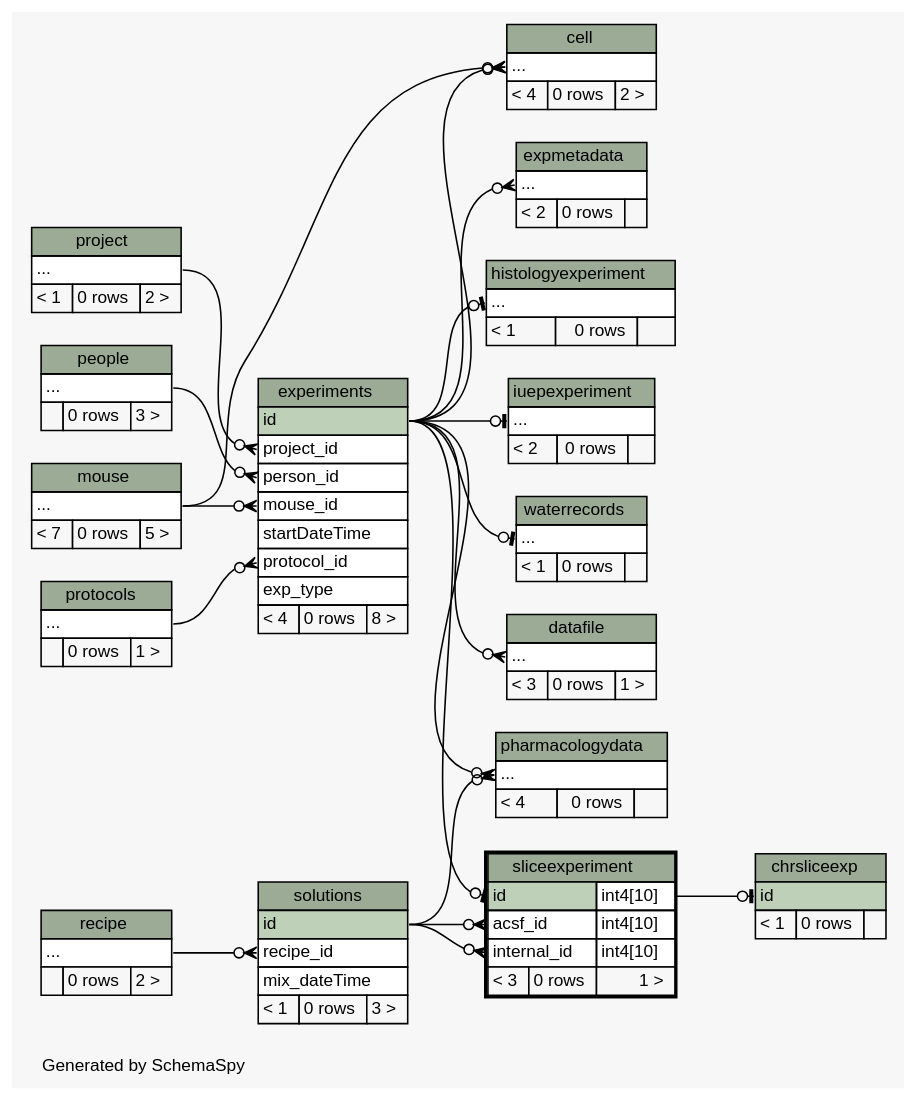
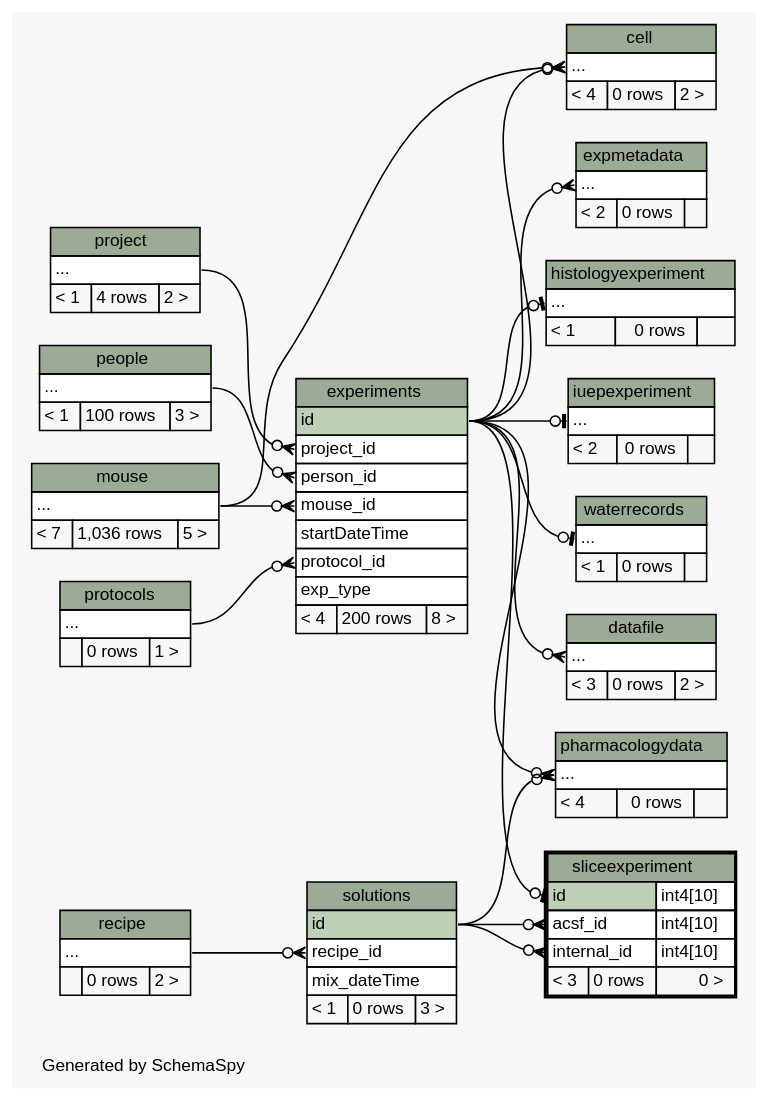
Before and after one commit to tgbugs/mlab: the diagram in database/ss/diagrams/sliceexperiment.2degrees.dot, drawn with Graphviz. The commit also changed 221 other files, not shown here.

```diff
--- a/database/ss/diagrams/sliceexperiment.2degrees.dot
+++ b/database/ss/diagrams/sliceexperiment.2degrees.dot
@@ -21,7 +21,6 @@
   ];
   "cell":"elipses":w -> "experiments":"id":e [arrowhead=none dir=back arrowtail=crowodot];
   "cell":"elipses":w -> "mouse":"elipses":e [arrowhead=none dir=back arrowtail=crowodot];
-  "chrsliceexp":"id":w -> "sliceexperiment":"id.type":e [arrowhead=none dir=back arrowtail=teeodot];
   "datafile":"elipses":w -> "experiments":"id":e [arrowhead=none dir=back arrowtail=crowodot];
   "experiments":"mouse_id":w -> "mouse":"elipses":e [arrowhead=none dir=back arrowtail=crowodot];
   "experiments":"person_id":w -> "people":"elipses":e [arrowhead=none dir=back arrowtail=crowodot];
@@ -47,22 +46,12 @@
     URL="cell.html"
     tooltip="cell"
   ];
-  "chrsliceexp" [
-    label=<
-    <TABLE BORDER="0" CELLBORDER="1" CELLSPACING="0" BGCOLOR="#ffffff">
-      <TR><TD COLSPAN="3" BGCOLOR="#9bab96" ALIGN="CENTER">chrsliceexp</TD></TR>
-      <TR><TD PORT="id" COLSPAN="3" BGCOLOR="#bed1b8" ALIGN="LEFT">id</TD></TR>
-      <TR><TD ALIGN="LEFT" BGCOLOR="#f7f7f7">&lt; 1</TD><TD ALIGN="RIGHT" BGCOLOR="#f7f7f7">0 rows</TD><TD ALIGN="RIGHT" BGCOLOR="#f7f7f7">  </TD></TR>
-    </TABLE>>
-    URL="chrsliceexp.html"
-    tooltip="chrsliceexp"
-  ];
   "datafile" [
     label=<
     <TABLE BORDER="0" CELLBORDER="1" CELLSPACING="0" BGCOLOR="#ffffff">
       <TR><TD COLSPAN="3" BGCOLOR="#9bab96" ALIGN="CENTER">datafile</TD></TR>
       <TR><TD PORT="elipses" COLSPAN="3" ALIGN="LEFT">...</TD></TR>
-      <TR><TD ALIGN="LEFT" BGCOLOR="#f7f7f7">&lt; 3</TD><TD ALIGN="RIGHT" BGCOLOR="#f7f7f7">0 rows</TD><TD ALIGN="RIGHT" BGCOLOR="#f7f7f7">1 &gt;</TD></TR>
+      <TR><TD ALIGN="LEFT" BGCOLOR="#f7f7f7">&lt; 3</TD><TD ALIGN="RIGHT" BGCOLOR="#f7f7f7">0 rows</TD><TD ALIGN="RIGHT" BGCOLOR="#f7f7f7">2 &gt;</TD></TR>
     </TABLE>>
     URL="datafile.html"
     tooltip="datafile"
@@ -78,7 +67,7 @@
       <TR><TD PORT="startDateTime" COLSPAN="3" ALIGN="LEFT">startDateTime</TD></TR>
       <TR><TD PORT="protocol_id" COLSPAN="3" ALIGN="LEFT">protocol_id</TD></TR>
       <TR><TD PORT="exp_type" COLSPAN="3" ALIGN="LEFT">exp_type</TD></TR>
-      <TR><TD ALIGN="LEFT" BGCOLOR="#f7f7f7">&lt; 4</TD><TD ALIGN="RIGHT" BGCOLOR="#f7f7f7">0 rows</TD><TD ALIGN="RIGHT" BGCOLOR="#f7f7f7">8 &gt;</TD></TR>
+      <TR><TD ALIGN="LEFT" BGCOLOR="#f7f7f7">&lt; 4</TD><TD ALIGN="RIGHT" BGCOLOR="#f7f7f7">200 rows</TD><TD ALIGN="RIGHT" BGCOLOR="#f7f7f7">8 &gt;</TD></TR>
     </TABLE>>
     URL="experiments.html"
     tooltip="experiments"
@@ -118,7 +107,7 @@
     <TABLE BORDER="0" CELLBORDER="1" CELLSPACING="0" BGCOLOR="#ffffff">
       <TR><TD COLSPAN="3" BGCOLOR="#9bab96" ALIGN="CENTER">mouse</TD></TR>
       <TR><TD PORT="elipses" COLSPAN="3" ALIGN="LEFT">...</TD></TR>
-      <TR><TD ALIGN="LEFT" BGCOLOR="#f7f7f7">&lt; 7</TD><TD ALIGN="RIGHT" BGCOLOR="#f7f7f7">0 rows</TD><TD ALIGN="RIGHT" BGCOLOR="#f7f7f7">5 &gt;</TD></TR>
+      <TR><TD ALIGN="LEFT" BGCOLOR="#f7f7f7">&lt; 7</TD><TD ALIGN="RIGHT" BGCOLOR="#f7f7f7">1,036 rows</TD><TD ALIGN="RIGHT" BGCOLOR="#f7f7f7">5 &gt;</TD></TR>
     </TABLE>>
     URL="mouse.html"
     tooltip="mouse"
@@ -128,7 +117,7 @@
     <TABLE BORDER="0" CELLBORDER="1" CELLSPACING="0" BGCOLOR="#ffffff">
       <TR><TD COLSPAN="3" BGCOLOR="#9bab96" ALIGN="CENTER">people</TD></TR>
       <TR><TD PORT="elipses" COLSPAN="3" ALIGN="LEFT">...</TD></TR>
-      <TR><TD ALIGN="LEFT" BGCOLOR="#f7f7f7">  </TD><TD ALIGN="RIGHT" BGCOLOR="#f7f7f7">0 rows</TD><TD ALIGN="RIGHT" BGCOLOR="#f7f7f7">3 &gt;</TD></TR>
+      <TR><TD ALIGN="LEFT" BGCOLOR="#f7f7f7">&lt; 1</TD><TD ALIGN="RIGHT" BGCOLOR="#f7f7f7">100 rows</TD><TD ALIGN="RIGHT" BGCOLOR="#f7f7f7">3 &gt;</TD></TR>
     </TABLE>>
     URL="people.html"
     tooltip="people"
@@ -148,7 +137,7 @@
     <TABLE BORDER="0" CELLBORDER="1" CELLSPACING="0" BGCOLOR="#ffffff">
       <TR><TD COLSPAN="3" BGCOLOR="#9bab96" ALIGN="CENTER">project</TD></TR>
       <TR><TD PORT="elipses" COLSPAN="3" ALIGN="LEFT">...</TD></TR>
-      <TR><TD ALIGN="LEFT" BGCOLOR="#f7f7f7">&lt; 1</TD><TD ALIGN="RIGHT" BGCOLOR="#f7f7f7">0 rows</TD><TD ALIGN="RIGHT" BGCOLOR="#f7f7f7">2 &gt;</TD></TR>
+      <TR><TD ALIGN="LEFT" BGCOLOR="#f7f7f7">&lt; 1</TD><TD ALIGN="RIGHT" BGCOLOR="#f7f7f7">4 rows</TD><TD ALIGN="RIGHT" BGCOLOR="#f7f7f7">2 &gt;</TD></TR>
     </TABLE>>
     URL="project.html"
     tooltip="project"
@@ -180,7 +169,7 @@
       <TR><TD PORT="id" COLSPAN="2" BGCOLOR="#bed1b8" ALIGN="LEFT">id</TD><TD PORT="id.type" ALIGN="LEFT">int4[10]</TD></TR>
       <TR><TD PORT="acsf_id" COLSPAN="2" ALIGN="LEFT">acsf_id</TD><TD PORT="acsf_id.type" ALIGN="LEFT">int4[10]</TD></TR>
       <TR><TD PORT="internal_id" COLSPAN="2" ALIGN="LEFT">internal_id</TD><TD PORT="internal_id.type" ALIGN="LEFT">int4[10]</TD></TR>
-      <TR><TD ALIGN="LEFT" BGCOLOR="#f7f7f7">&lt; 3</TD><TD ALIGN="RIGHT" BGCOLOR="#f7f7f7">0 rows</TD><TD ALIGN="RIGHT" BGCOLOR="#f7f7f7">1 &gt;</TD></TR>
+      <TR><TD ALIGN="LEFT" BGCOLOR="#f7f7f7">&lt; 3</TD><TD ALIGN="RIGHT" BGCOLOR="#f7f7f7">0 rows</TD><TD ALIGN="RIGHT" BGCOLOR="#f7f7f7">0 &gt;</TD></TR>
     </TABLE>>
     URL="sliceexperiment.html"
     tooltip="sliceexperiment"
```
